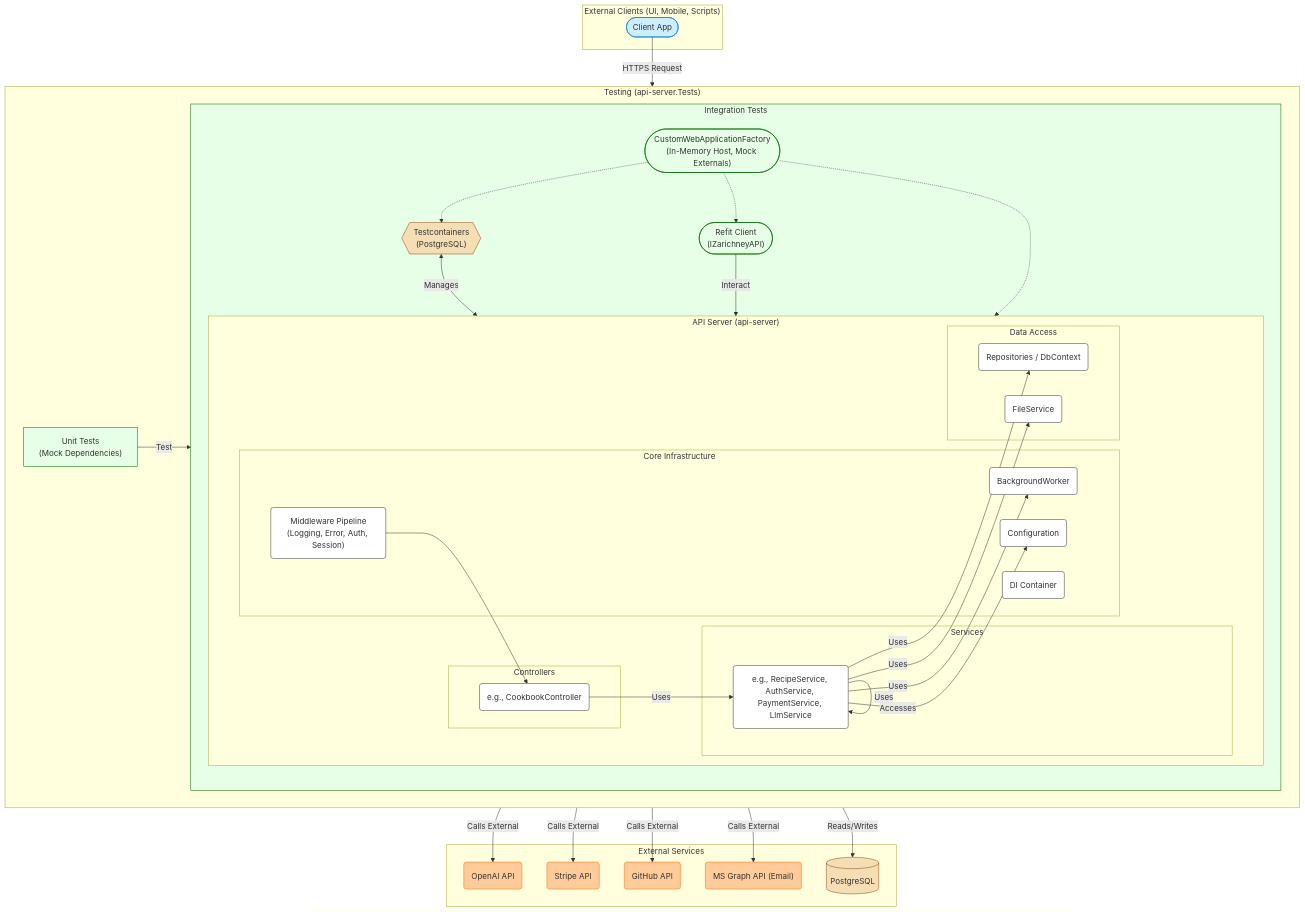
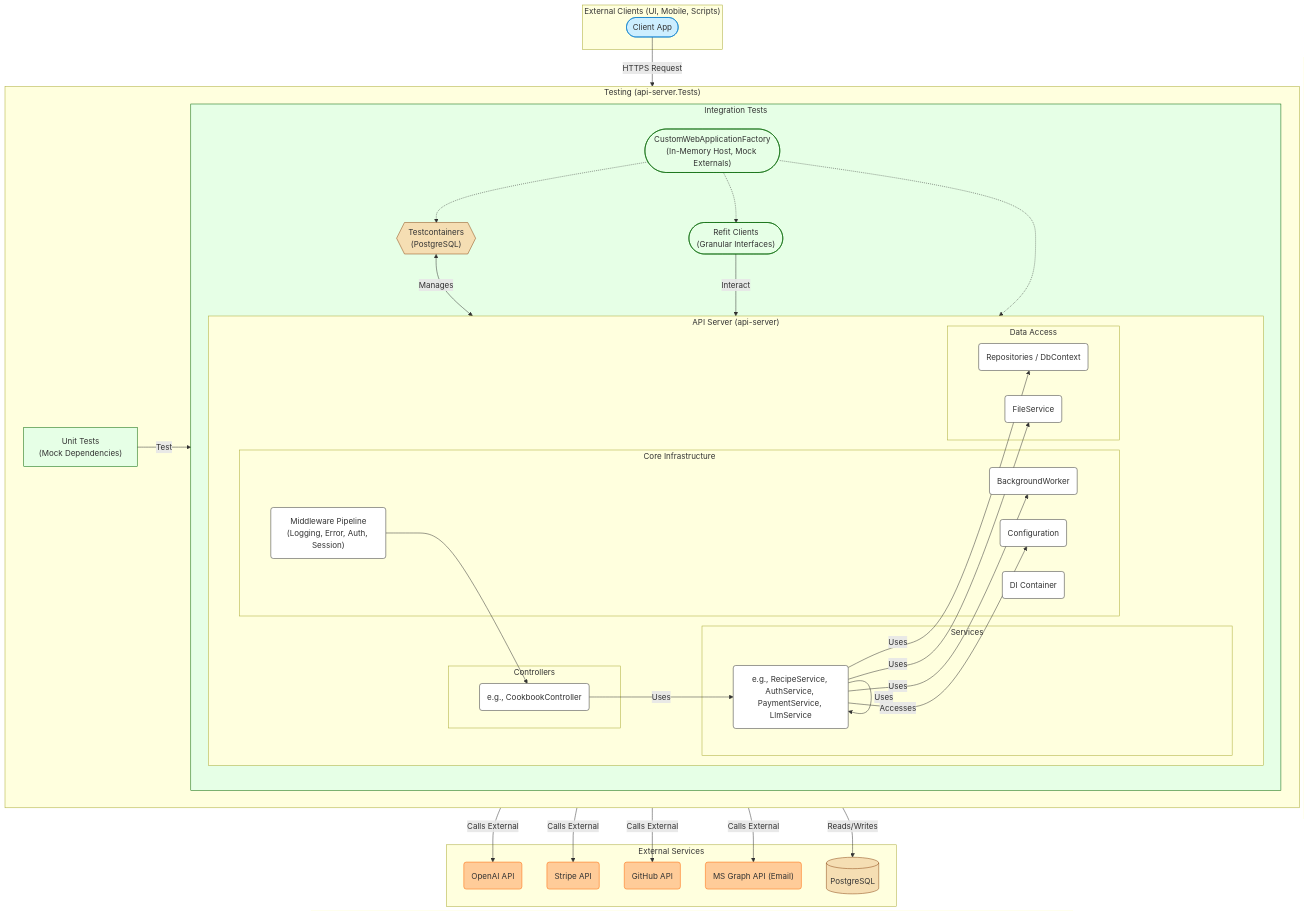
The diagram in api-server/README.md (Zarichney-Development/zarichney-api), drawn with Mermaid before and after one commit. The commit also changed other lines of this file and 287 other files, not shown here.

First line of the commit message:
feat: Create TestingFramework project and stabilize api-server.Tests (#14) (#28)

````diff
--- a/api-server/README.md
+++ b/api-server/README.md
@@ -40,74 +41,74 @@
 ```mermaid
 graph TD
     subgraph ExternalClients ["External Clients (UI, Mobile, Scripts)"]
         CLIENT([Client App])
     end
 
     subgraph ApiServer ["API Server (api-server)"]
         direction LR
         subgraph Controllers ["Controllers"]
             CTRL(e.g., CookbookController)
         end
         subgraph Services ["Services"]
             SVCS(e.g., RecipeService, AuthService, PaymentService, LlmService)
         end
         subgraph CoreInfra ["Core Infrastructure"]
             DI("DI Container")
             CONFIG("Configuration")
             MIDDLEWARE("Middleware Pipeline\n(Logging, Error, Auth, Session)")
             BG("BackgroundWorker")
         end
         subgraph Data ["Data Access"]
              REPO(Repositories / DbContext)
              FS("FileService")
         end
     end
 
     subgraph Testing ["Testing (api-server.Tests)"]
         direction LR
         UNIT["Unit Tests\n(Mock Dependencies)"] -->|Test| SVCS
         subgraph IntegrationTesting ["Integration Tests"]
            direction TB
-           ITestClient(["Refit Client\n(IZarichneyAPI)"]) -->|Interact| ApiServer
+           ITestClient(["Refit Clients\n(Granular Interfaces)"]) -->|Interact| ApiServer
            DBContainer{{"Testcontainers\n(PostgreSQL)"}} <-- Manages --> REPO
            TestFactory(["CustomWebApplicationFactory\n(In-Memory Host, Mock Externals)"]) -.-> ApiServer
            TestFactory -.-> DBContainer
            TestFactory -.-> ITestClient
         end
     end
 
 
     subgraph ExternalServices ["External Services"]
         OPENAI("OpenAI API")
         STRIPE("Stripe API")
         GITHUB("GitHub API")
         MSGRAPH("MS Graph API (Email)")
         DB[(PostgreSQL)]
     end
 
     CLIENT -->|HTTPS Request| MIDDLEWARE
     MIDDLEWARE --> CTRL
     CTRL -->|Uses| SVCS
     SVCS -->|Uses| SVCS
     SVCS -->|Uses| REPO
     SVCS -->|Uses| FS
     SVCS -->|Uses| BG
     SVCS -->|Accesses| CONFIG
     SVCS -->|Calls External| OPENAI
     SVCS -->|Calls External| STRIPE
     SVCS -->|Calls External| GITHUB
     SVCS -->|Calls External| MSGRAPH
     REPO -->|Reads/Writes| DB
 
     %% Apply Styles
     classDef default fill:#fff,stroke:#333,stroke-width:1px;
     classDef externalApi fill:#ffcc99,stroke:#ff6600,stroke-width:1px;
     classDef database fill:#f5deb3,stroke:#8b4513,stroke-width:1px;
     classDef ui fill:#cceeff,stroke:#007acc,stroke-width:1px;
     classDef test fill:#e6ffe6,stroke:#006400,stroke-width:1px;
 
     class CLIENT ui;
     class OPENAI,STRIPE,GITHUB,MSGRAPH externalApi;
     class DB,DBContainer database;
     class UNIT,IntegrationTesting,ITestClient,TestFactory test;
 ```
````
